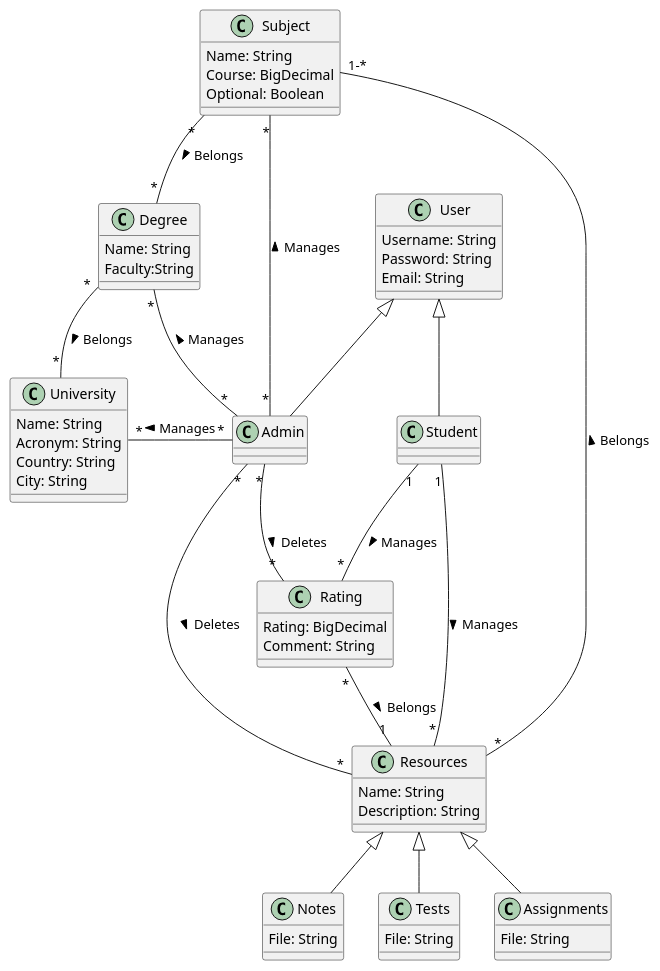
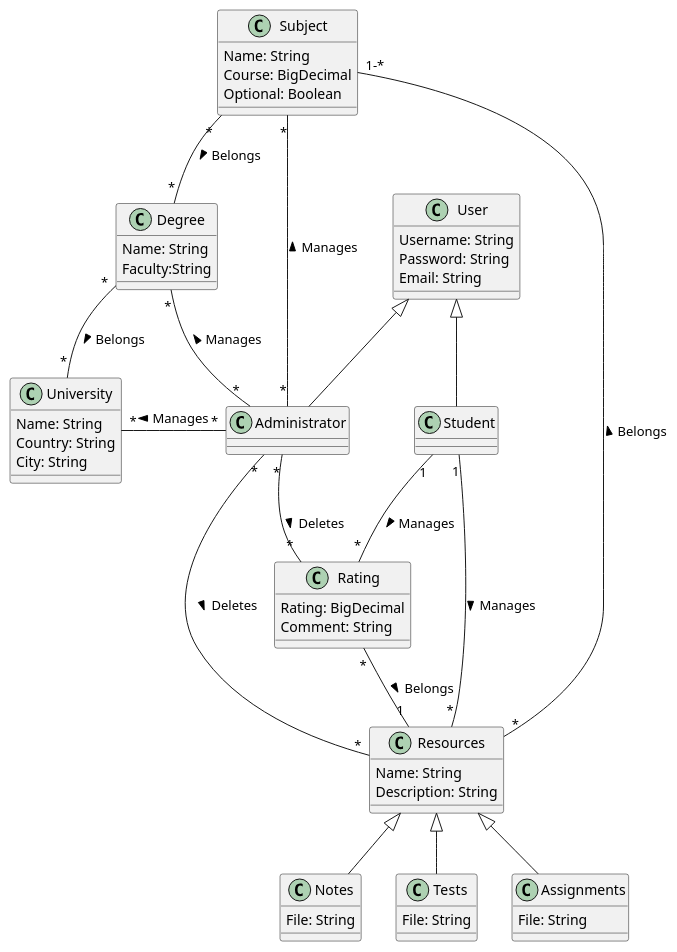
One commit to UdL-EPS-SoftArch/UniCloud-API changed the diagram in EntitiesModel.puml. Above: the diagram before and after it, drawn with PlantUML.

Commit message:
Added initial Entities Model

```diff
--- a/EntitiesModel.puml
+++ b/EntitiesModel.puml
@@ -1,66 +1,65 @@
 @startuml
 class User{
     Username: String
     Password: String
     Email: String
 }
 
-class Admin extends User{
+class Student extends User{
 }
 
-class Student extends User{
+class Administrator extends User{
 }
 
 class University{
     Name: String
-    Acronym: String
     Country: String
     City: String
 }
 
 class Degree{
     Name: String
     Faculty:String
 }
 
 class Subject{
     Name: String
     Course: BigDecimal
     Optional: Boolean
 }
 
 class Resources{
     Name: String
     Description: String
 }
 
 class Notes extends Resources{
     File: String
 }
 
 class Tests extends Resources{
     File: String
 }
 
 class Assignments extends Resources{
     File: String
 }
 
 class Rating{
     Rating: BigDecimal
     Comment: String
 }
 
 
 Student "1" -- "*" Resources: Manages >
 Student "1" -- "*" Rating: Manages >
-Admin "*" --left-- "*" University: Manages >
-Admin "*" --left-- "*" Degree: Manages >
-Admin "*" --left-- "*" Subject: Manages >
-Admin "*" -- "*" Resources: Deletes >
-Admin "*" -- "*" Rating: Deletes >
+Administrator "*" --left-- "*" University: Manages >
+Administrator "*" --left-- "*" Degree: Manages >
+Administrator "*" --left-- "*" Subject: Manages >
+Administrator "*" -- "*" Resources: Deletes >
+Administrator "*" -- "*" Rating: Deletes >
 Rating "*" -- "1" Resources: Belongs >
 Resources "*" -- "1-*" Subject: Belongs >
 Subject "*" -- "*" Degree: Belongs >
 Degree "*" -- "*" University: Belongs >
 @enduml
```
